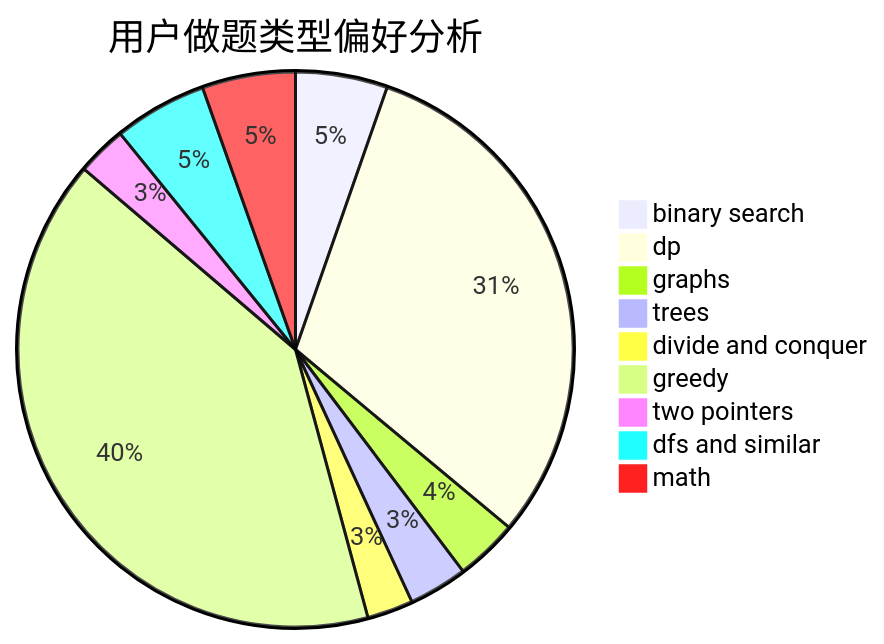
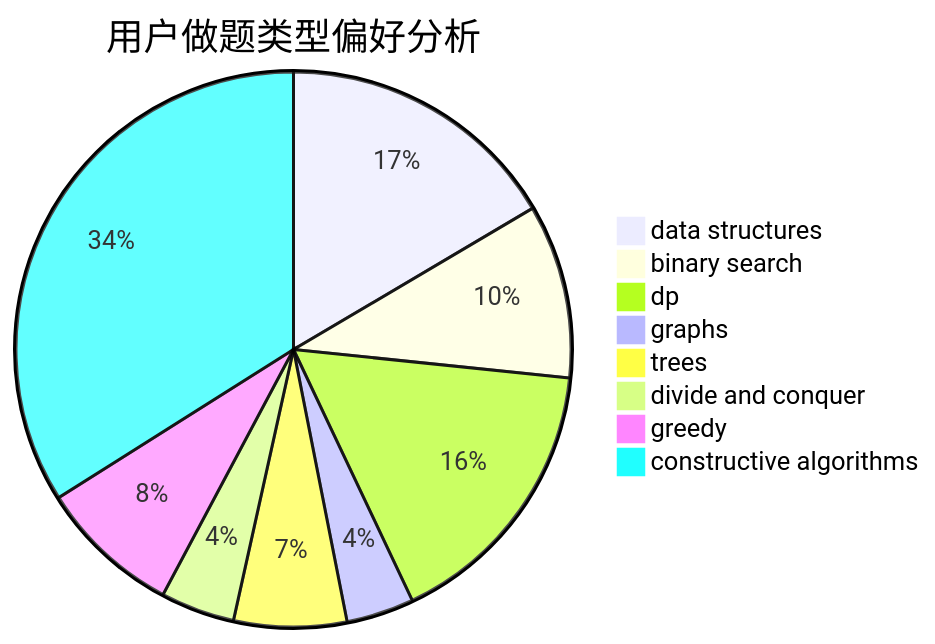
Before and after one commit to sherpahu/cfrs.github.io: the second of 3 diagrams in docs/user/u2247.md, drawn with Mermaid. The commit also changed other lines of this file and 2775 other files, not shown here.

````diff
--- a/docs/user/u2247.md
+++ b/docs/user/u2247.md
@@ -23,12 +23,11 @@
 ```mermaid
 pie title 用户做题类型偏好分析
-    "binary search" :  72
-    "dp" :  413
-    "graphs" :  49
-    "trees" :  46
-    "divide and conquer" :  36
-    "greedy" :  544
-    "two pointers" :  39
-    "dfs and similar" :  73
-    "math" :  73
+    "data structures" :  88
+    "binary search" :  54
+    "dp" :  87
+    "graphs" :  21
+    "trees" :  35
+    "divide and conquer" :  23
+    "greedy" :  44
+    "constructive algorithms" :  181
 ```
````
